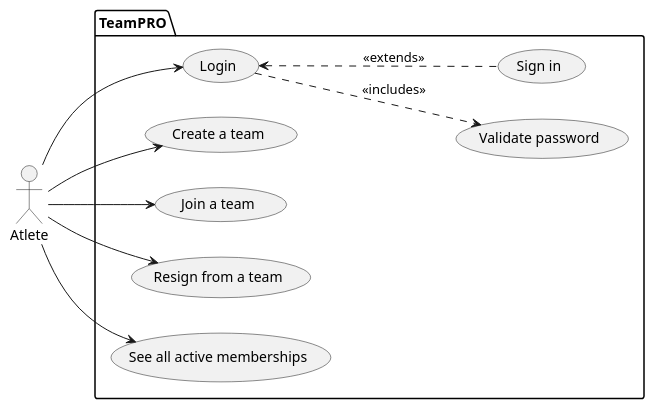
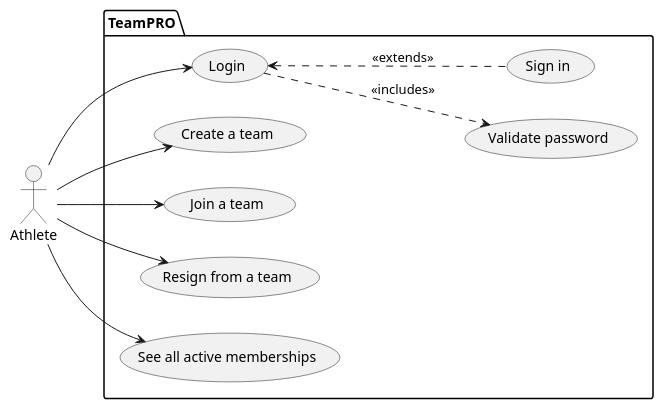
Before and after one commit to claramoreira/teampro: the diagram in UseCasesDescriptions/plantuml/UseCaseDiagram.puml, drawn with PlantUML.

Commit message:
fixing spellcheck error

```diff
--- a/UseCasesDescriptions/plantuml/UseCaseDiagram.puml
+++ b/UseCasesDescriptions/plantuml/UseCaseDiagram.puml
@@ -1,21 +1,21 @@
 @startuml
 left to right direction
-actor Atlete as a
+actor Athlete as a
 package TeamPRO {
   usecase "Login" as UC1
   usecase "Validate password" as UC6
   usecase "Sign in" as UC7
   usecase "Create a team" as UC2
   usecase "Join a team" as UC3
   usecase "Resign from a team" as UC4
   usecase "See all active memberships" as UC5
 }
 
 a --> UC1
 a --> UC2
 a --> UC3
 a --> UC4
 a --> UC5
 UC1 ..> UC6  : <<includes>>
 UC1 <.. UC7 : <<extends>>
 @enduml
```
